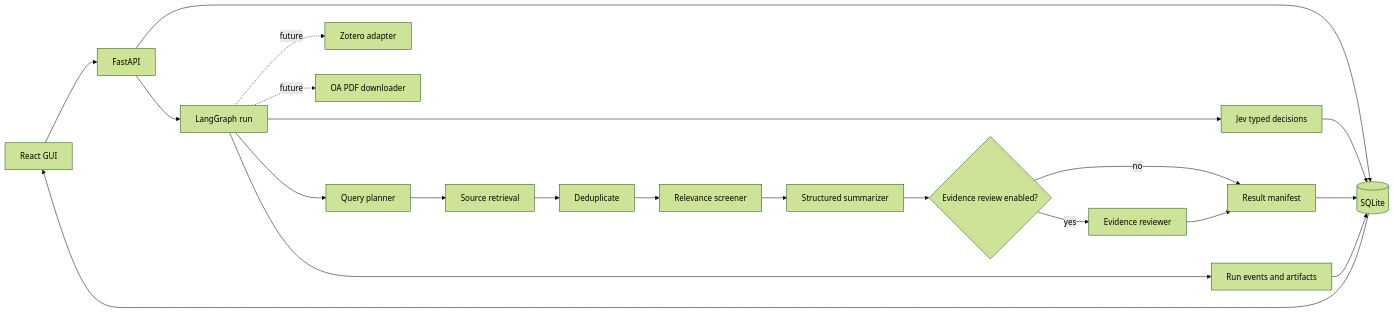
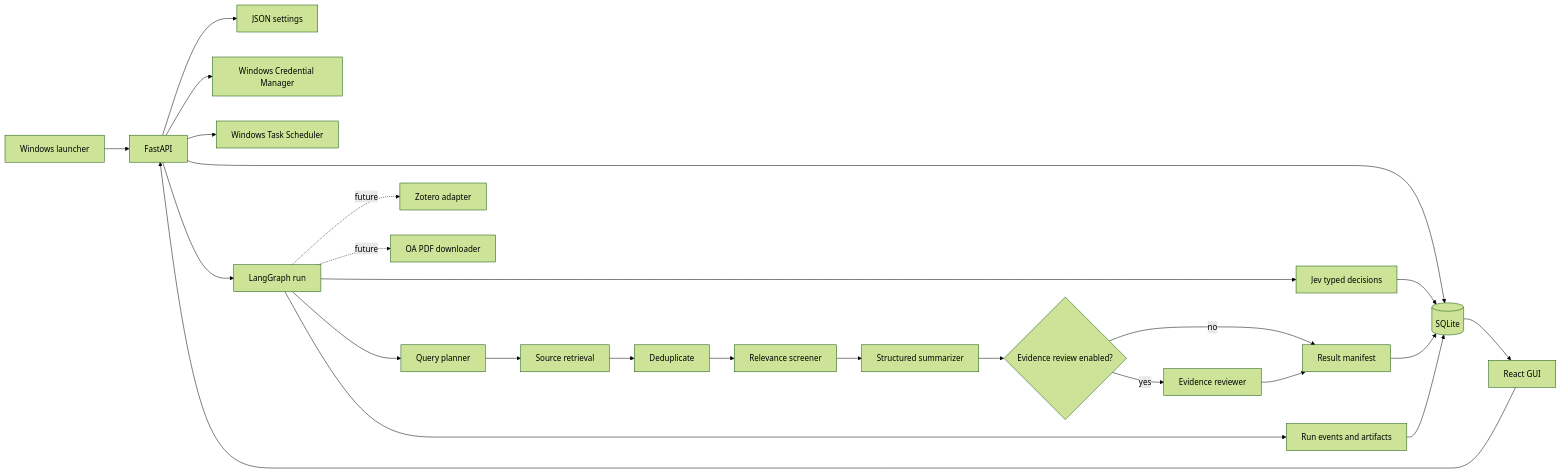
Before and after one commit to EdwardAiyw/literature-agent: the diagram in docs/ARCHITECTURE.md, drawn with Mermaid (forest theme). The commit also changed other lines of this file and 61 other files, not shown here.

````diff
--- a/docs/ARCHITECTURE.md
+++ b/docs/ARCHITECTURE.md
@@ -5,23 +5,27 @@
 ```mermaid
 flowchart LR
-  UI[React GUI] --> API[FastAPI]
+  EXE[Windows launcher] --> API[FastAPI]
+  UI[React GUI] --> API
   API --> DB[(SQLite)]
+  API --> CFG[JSON settings]
+  API --> CRED[Windows Credential Manager]
+  API --> TASKS[Windows Task Scheduler]
   API --> G[LangGraph run]
   G --> P[Query planner]
   P --> R[Source retrieval]
   R --> D[Deduplicate]
   D --> C[Relevance screener]
   C --> S[Structured summarizer]
   S --> E{Evidence review enabled?}
   E -->|yes| V[Evidence reviewer]
   E -->|no| M[Result manifest]
   V --> M
   G --> A[Run events and artifacts]
   G --> J[Jev typed decisions]
   J --> DB
   M --> DB
   A --> DB
   DB --> UI
   G -. future .-> Z[Zotero adapter]
   G -. future .-> F[OA PDF downloader]
 ```
````
